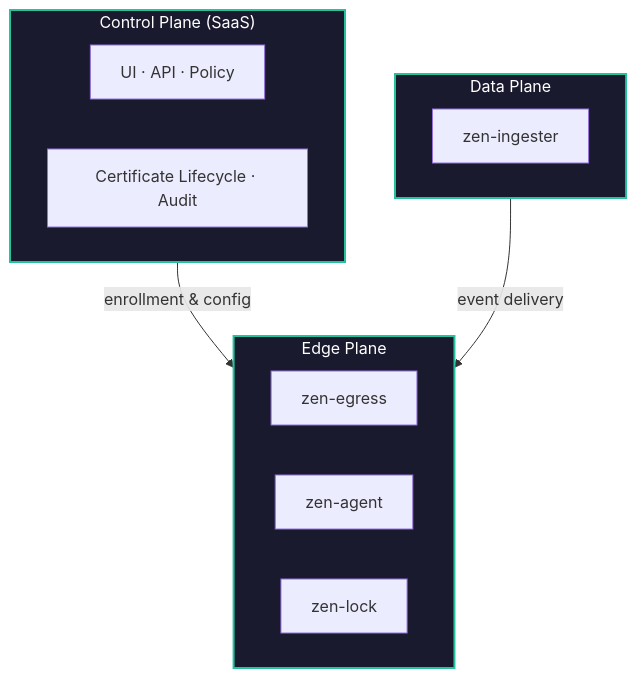
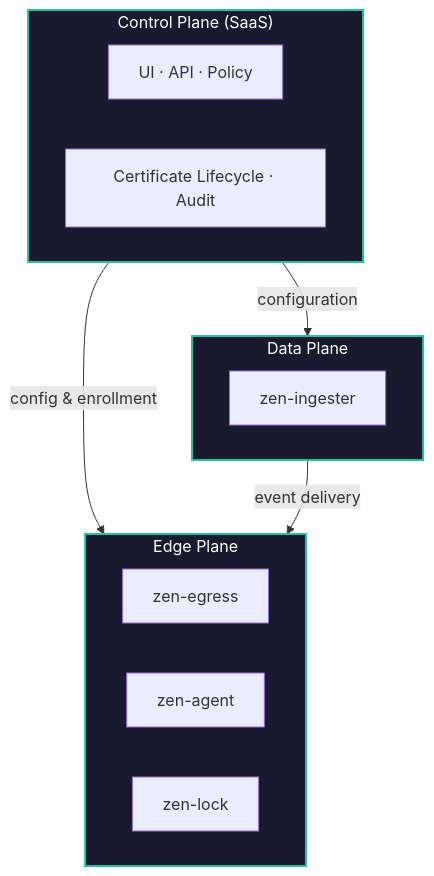
One commit to zenmesh/docs changed the diagram in docs/architecture/overview.md. Above: the diagram before and after it, drawn with Mermaid.

Commit message:
fix diagram layout: control top, data+edge bottom with data->edge flow

````diff
--- a/docs/architecture/overview.md
+++ b/docs/architecture/overview.md
@@ -11,26 +11,27 @@
 ```mermaid
 graph TD
     subgraph CP["Control Plane (SaaS)"]
         direction LR
         UI["UI · API · Policy"]
         CERT["Certificate Lifecycle · Audit"]
     end
 
     subgraph DP["Data Plane"]
         ING["zen-ingester"]
     end
 
     subgraph EP["Edge Plane"]
         direction LR
         EGR["zen-egress"]
         AGT["zen-agent"]
         LCK["zen-lock"]
     end
 
-    CP -- "enrollment & config" --> EP
-    DP -- "event delivery" --> EP
+    CP -->|"config & enrollment"| EP
+    CP -->|"configuration"| DP
+    DP -->|"event delivery"| EP
 
     style CP fill:#1a1a2e,stroke:#25c2a0,stroke-width:2px,color:#fff
     style DP fill:#1a1a2e,stroke:#25c2a0,stroke-width:2px,color:#fff
     style EP fill:#1a1a2e,stroke:#25c2a0,stroke-width:2px,color:#fff
 ```
````
